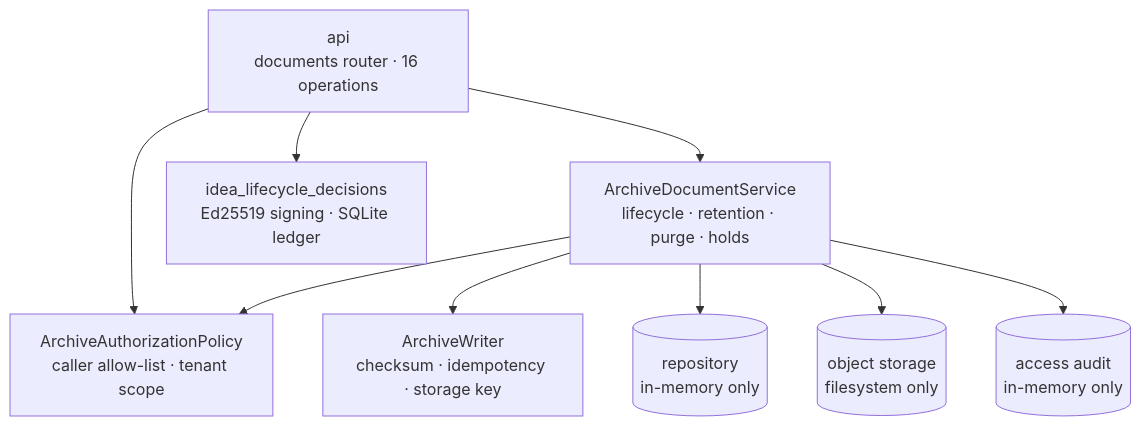
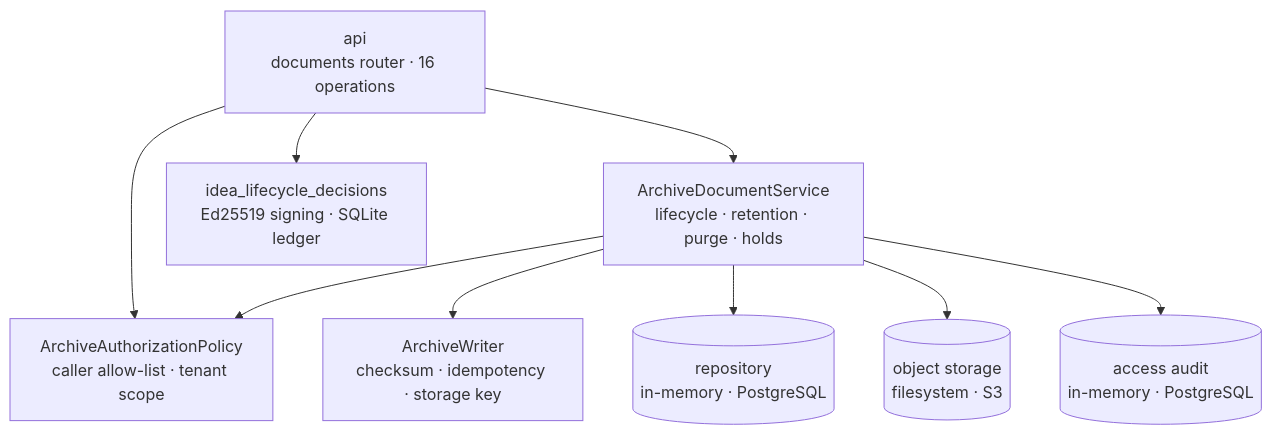
The diagram in wiki/Architecture.md (sgajbi/lotus-archive), drawn with Mermaid before and after one commit. The commit also changed other lines of this file and 10 other files, not shown here.

````diff
--- a/wiki/Architecture.md
+++ b/wiki/Architecture.md
@@ -10,11 +10,11 @@
 ```mermaid
 flowchart TB
   API["api<br/>documents router · 16 operations"] --> SVC["ArchiveDocumentService<br/>lifecycle · retention · purge · holds"]
   API --> AUTHZ["ArchiveAuthorizationPolicy<br/>caller allow-list · tenant scope"]
   SVC --> AUTHZ
   SVC --> WRITER["ArchiveWriter<br/>checksum · idempotency · storage key"]
-  SVC --> REPO[("repository<br/>in-memory only")]
-  SVC --> STORE[("object storage<br/>filesystem only")]
-  SVC --> AUDIT[("access audit<br/>in-memory only")]
+  SVC --> REPO[("repository<br/>in-memory · PostgreSQL")]
+  SVC --> STORE[("object storage<br/>filesystem · S3")]
+  SVC --> AUDIT[("access audit<br/>in-memory · PostgreSQL")]
   API --> IDEA["idea_lifecycle_decisions<br/>Ed25519 signing · SQLite ledger"]
 ```
````
